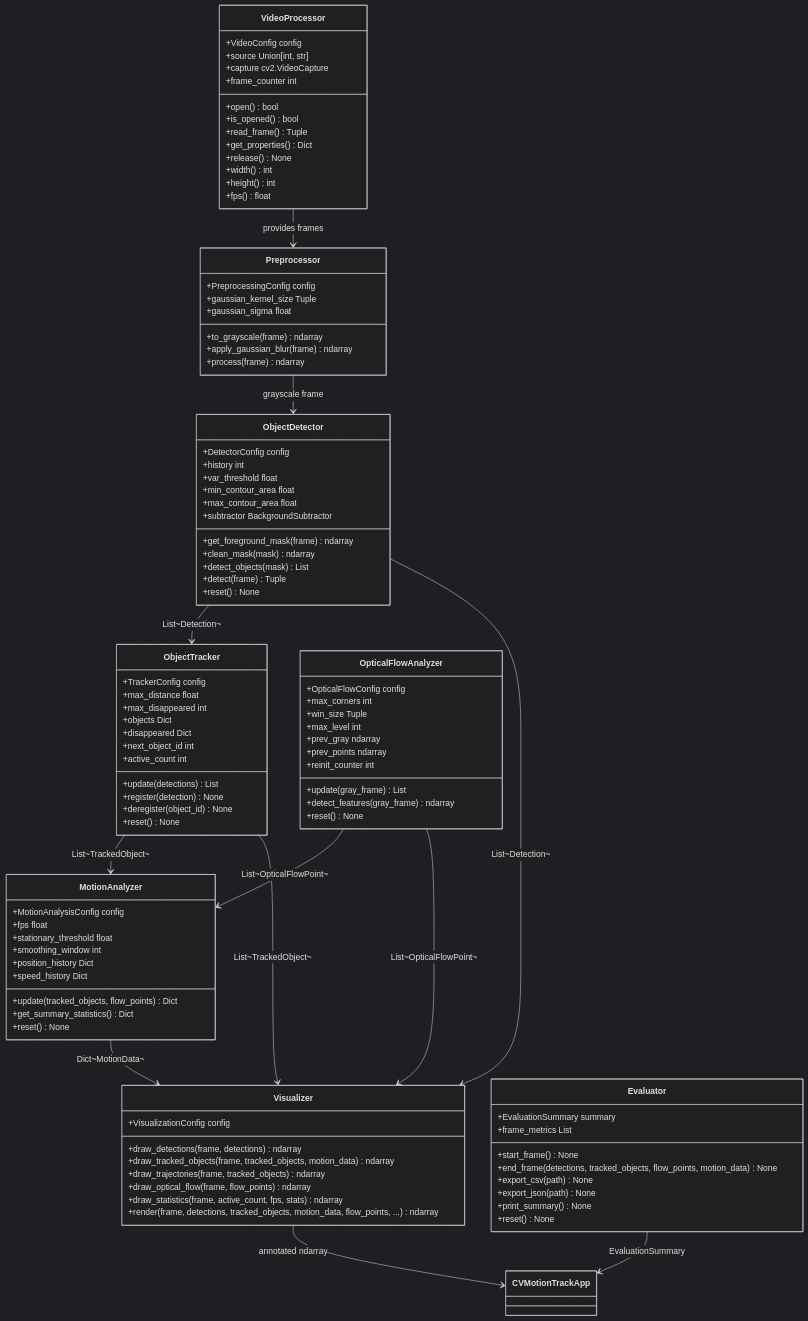
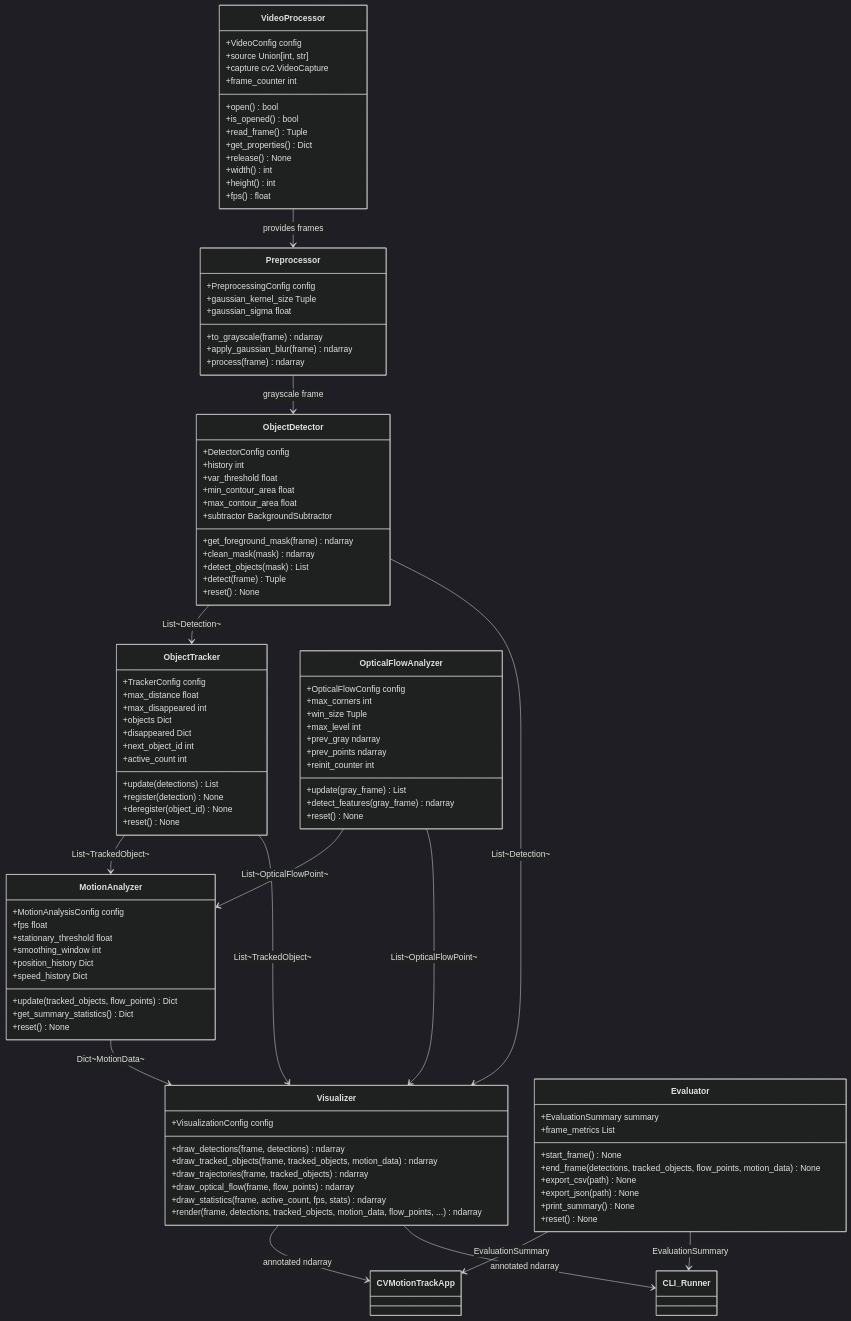
The fourth of 6 diagrams in docs/uml.md (shivasingh95/CV-MotionTrack), drawn with Mermaid (dark theme) before and after one commit. The commit also changed other lines of this file and 7 other files, not shown here.

````diff
--- a/docs/uml.md
+++ b/docs/uml.md
@@ -300,4 +300,6 @@
     OpticalFlowAnalyzer --> Visualizer : List~OpticalFlowPoint~
     Visualizer --> CVMotionTrackApp : annotated ndarray
     Evaluator --> CVMotionTrackApp : EvaluationSummary
+    Visualizer --> CLI_Runner : annotated ndarray
+    Evaluator --> CLI_Runner : EvaluationSummary
 ```
````
